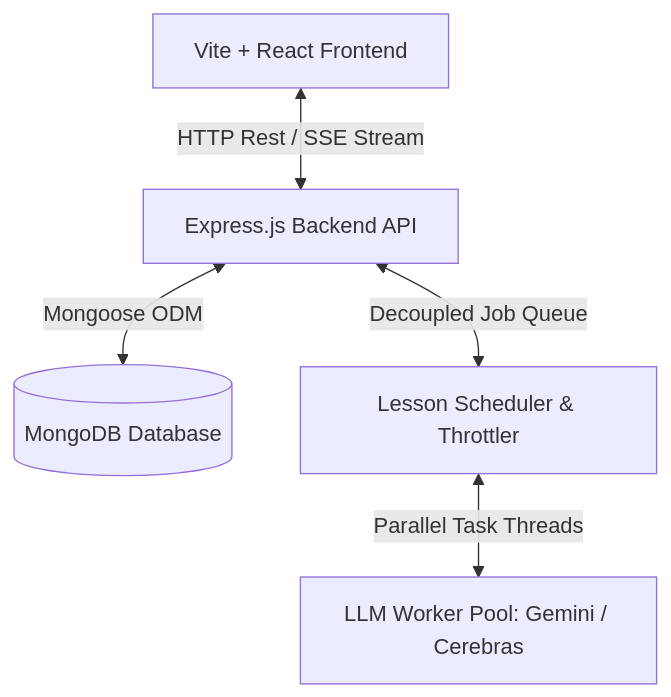
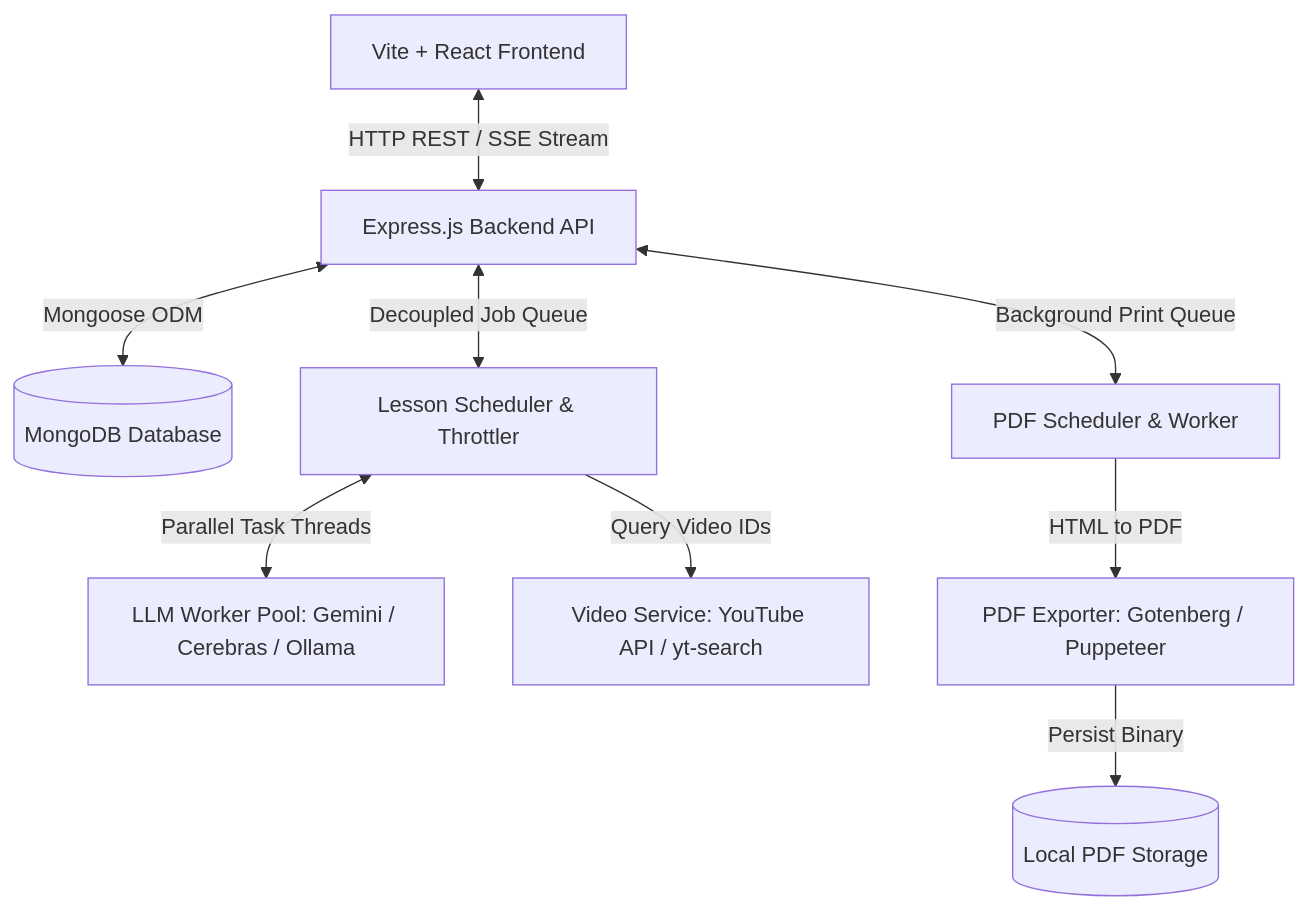
The first of 4 diagrams in docs/architecture/overview.md (shubham-deshmukh/GenCourse-AI), drawn with Mermaid before and after one commit. The commit also changed other lines of this file, not shown here.

Commit message:
docs(architecture): update overview with PDF scheduler, video service, and progress subsystems

````diff
--- a/docs/architecture/overview.md
+++ b/docs/architecture/overview.md
@@ -11,7 +11,11 @@
 ```mermaid
 graph TD
-  Client[Vite + React Frontend] <-->|HTTP Rest / SSE Stream| Server[Express.js Backend API]
+  Client[Vite + React Frontend] <-->|HTTP REST / SSE Stream| Server[Express.js Backend API]
   Server <-->|Mongoose ODM| Database[(MongoDB Database)]
-  Server <-->|Decoupled Job Queue| Scheduler[Lesson Scheduler & Throttler]
-  Scheduler <-->|Parallel Task Threads| Workers[LLM Worker Pool: Gemini / Cerebras]
+  Server <-->|Decoupled Job Queue| LessonScheduler[Lesson Scheduler & Throttler]
+  LessonScheduler <-->|Parallel Task Threads| Workers[LLM Worker Pool: Gemini / Cerebras / Ollama]
+  LessonScheduler -->|Query Video IDs| VideoService[Video Service: YouTube API / yt-search]
+  Server <-->|Background Print Queue| PdfScheduler[PDF Scheduler & Worker]
+  PdfScheduler -->|HTML to PDF| Exporter[PDF Exporter: Gotenberg / Puppeteer]
+  Exporter -->|Persist Binary| Storage[(Local PDF Storage)]
 ```
````
